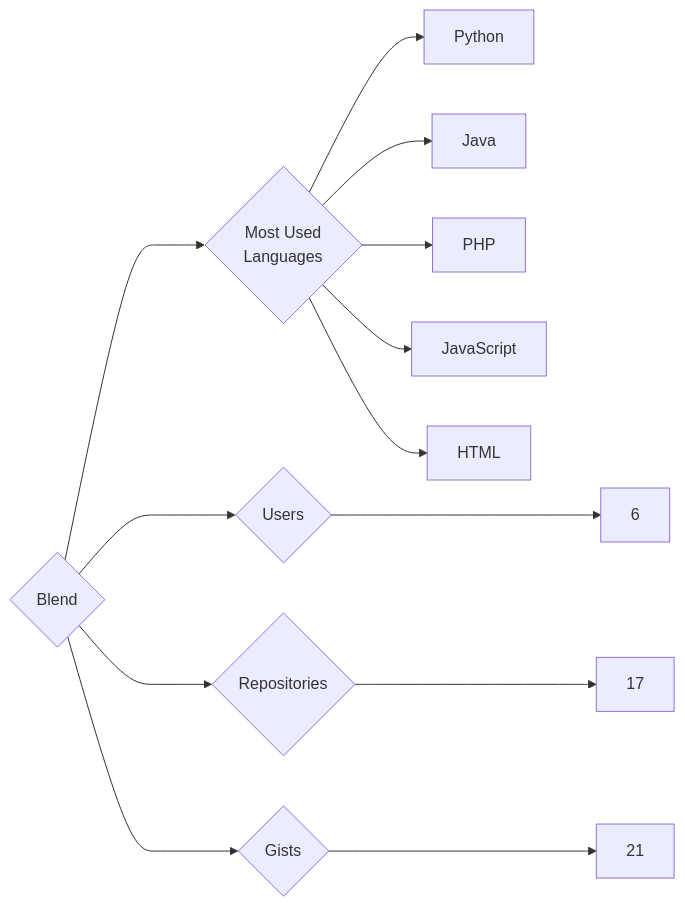
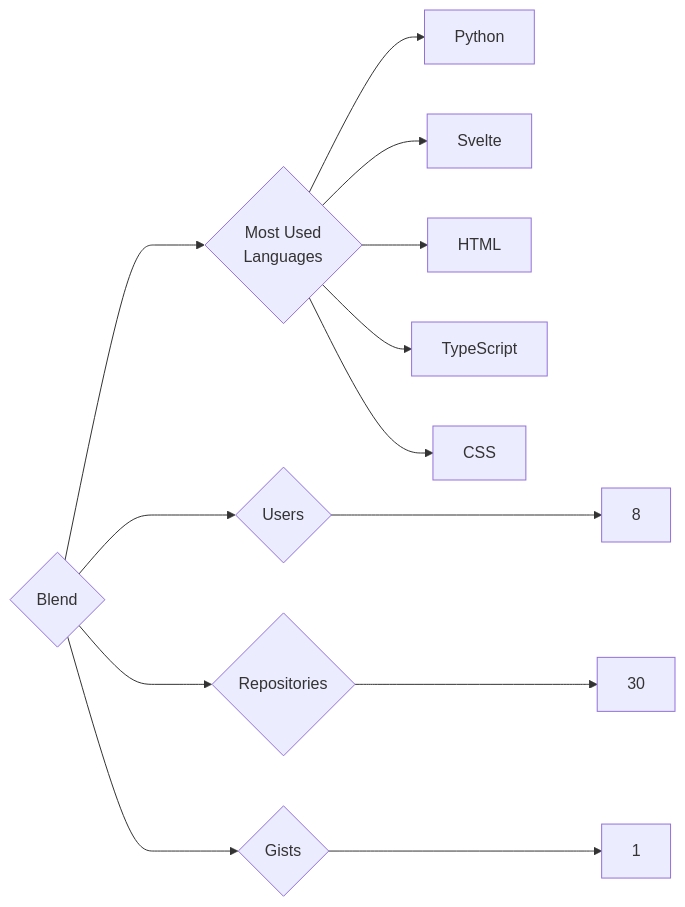
Before and after one commit to trickest/insiders: the diagram in targets/Blend/README.md, drawn with Mermaid. The commit also changed 914 other files, not shown here.

````diff
--- a/targets/Blend/README.md
+++ b/targets/Blend/README.md
@@ -3,13 +3,13 @@
 ```mermaid
 graph LR
 COMPANY_NAME{Blend}
-COMPANY_NAME ---> U{Users} ---> UN[6]
-COMPANY_NAME ---> R{Repositories} ---> RN[17]
-COMPANY_NAME ---> G{Gists} ---> GN[21]
+COMPANY_NAME ---> U{Users} ---> UN[8]
+COMPANY_NAME ---> R{Repositories} ---> RN[30]
+COMPANY_NAME ---> G{Gists} ---> GN[1]
 COMPANY_NAME ---> ML{Most Used<br>Languages}
 ML --> Python[Python]
-ML --> Java[Java]
-ML --> PHP[PHP]
-ML --> JavaScript[JavaScript]
+ML --> Svelte[Svelte]
 ML --> HTML[HTML]
+ML --> TypeScript[TypeScript]
+ML --> CSS[CSS]
 ```
````
